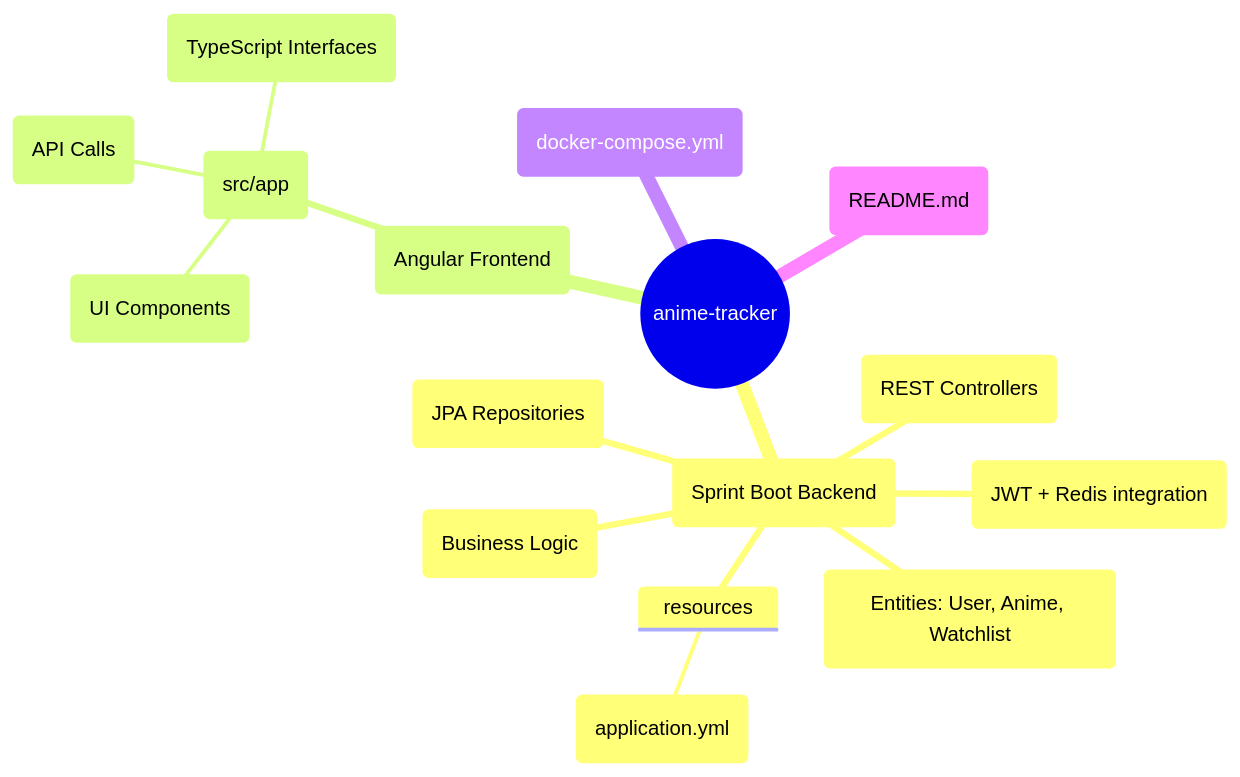
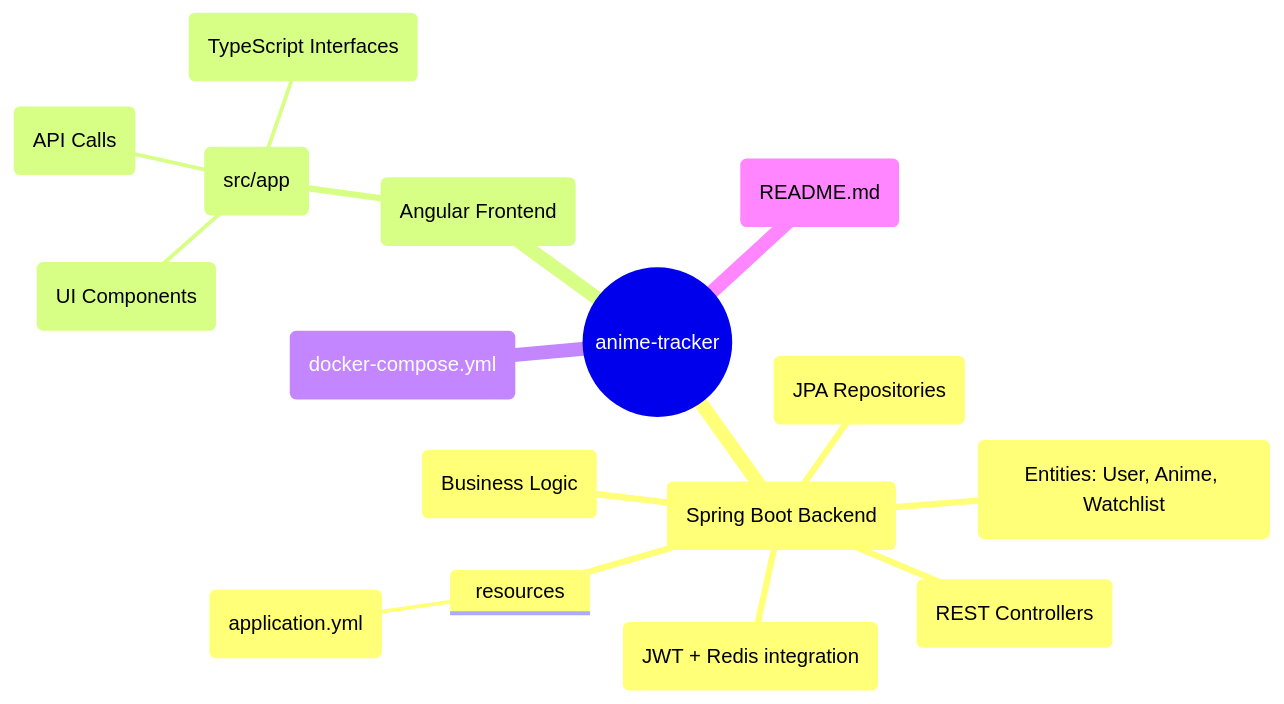
One commit to AnishJaiswal4444/anime-tracker changed the second of 2 diagrams in README.md. Above: the diagram before and after it, drawn with Mermaid. The commit also changed other lines of this file, not shown here.

````diff
--- a/README.md
+++ b/README.md
@@ -73,19 +74,19 @@
 ```mermaid
 mindmap
   root((anime-tracker))
-    backend(Sprint Boot Backend)
+    backend(Spring Boot Backend)
       controller(REST Controllers)
       service(Business Logic)
       model(Entities: User, Anime, Watchlist)
       repository(JPA Repositories)
       security(JWT + Redis integration)
       resources
         yml(application.yml)
     frontend(Angular Frontend)
       src(src/app)
         components(UI Components)
         services(API Calls)
         models(TypeScript Interfaces)
     docker(docker-compose.yml)
     readme(README.md)
 ```
````
